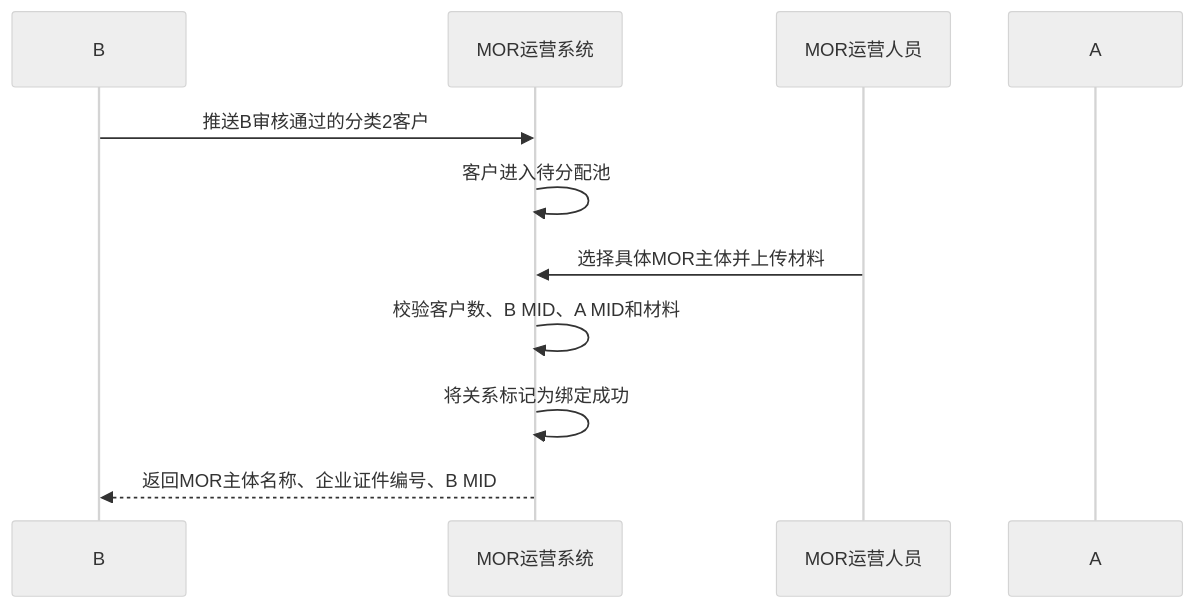
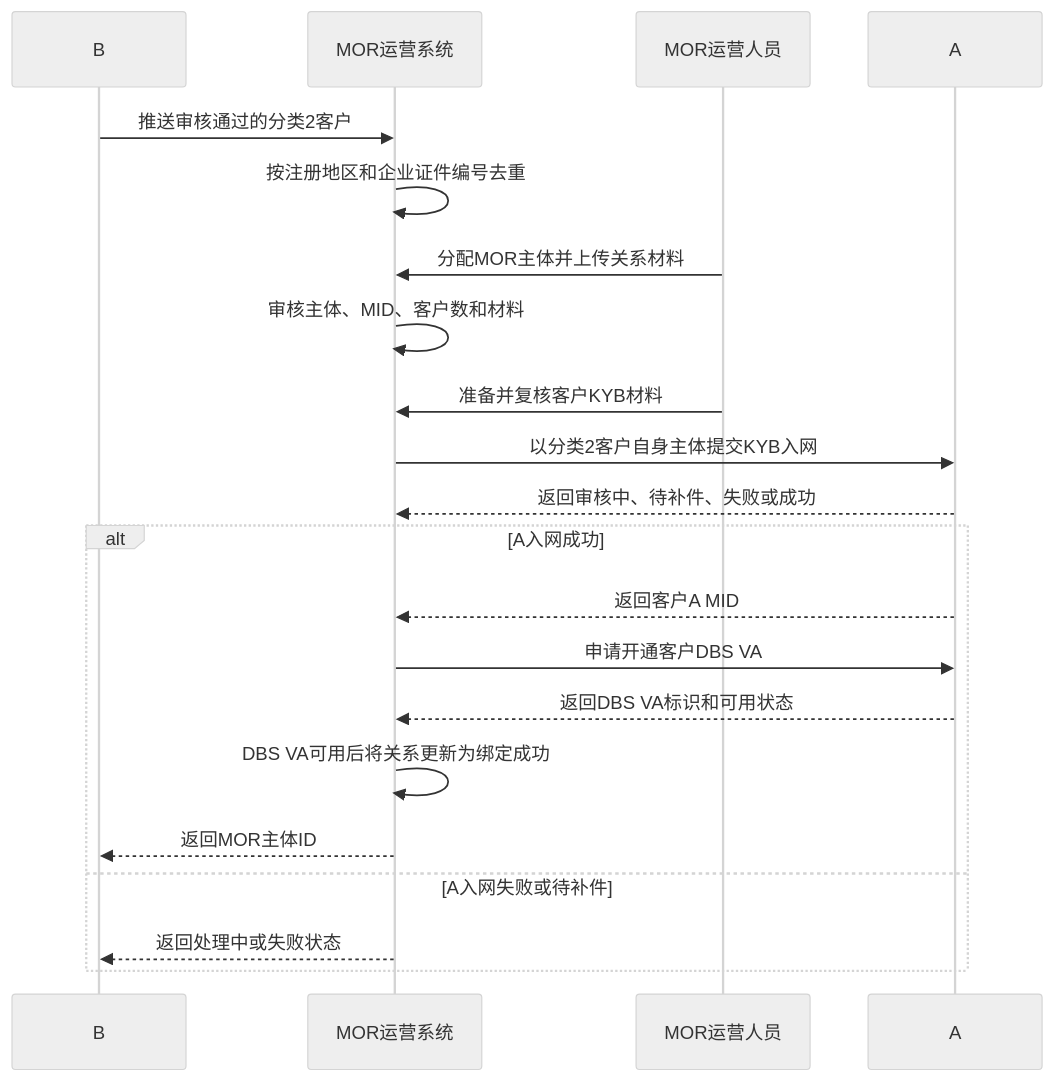
Before and after one commit to xiaoxiaoangie/EX-NEW: the second of 3 diagrams in MORSolutions/解决方案/MOR模式-运营主体SP最终方案.md, drawn with Mermaid (neutral theme). The commit also changed other lines of this file and 10 other files, not shown here.

````diff
--- a/MORSolutions/解决方案/MOR模式-运营主体SP最终方案.md
+++ b/MORSolutions/解决方案/MOR模式-运营主体SP最终方案.md
@@ -287,14 +184,24 @@
 ```mermaid
 sequenceDiagram
     participant B as B
     participant OPS as MOR运营系统
     participant O as MOR运营人员
     participant A as A
 
-    B->>OPS: 推送B审核通过的分类2客户
-    OPS->>OPS: 客户进入待分配池
-    O->>OPS: 选择具体MOR主体并上传材料
-    OPS->>OPS: 校验客户数、B MID、A MID和材料
-    OPS->>OPS: 将关系标记为绑定成功
-    OPS-->>B: 返回MOR主体名称、企业证件编号、B MID
+    B->>OPS: 推送审核通过的分类2客户
+    OPS->>OPS: 按注册地区和企业证件编号去重
+    O->>OPS: 分配MOR主体并上传关系材料
+    OPS->>OPS: 审核主体、MID、客户数和材料
+    O->>OPS: 准备并复核客户KYB材料
+    OPS->>A: 以分类2客户自身主体提交KYB入网
+    A-->>OPS: 返回审核中、待补件、失败或成功
+    alt A入网成功
+        A-->>OPS: 返回客户A MID
+        OPS->>A: 申请开通客户DBS VA
+        A-->>OPS: 返回DBS VA标识和可用状态
+        OPS->>OPS: DBS VA可用后将关系更新为绑定成功
+        OPS-->>B: 返回MOR主体ID
+    else A入网失败或待补件
+        OPS-->>B: 返回处理中或失败状态
+    end
 ```
````
